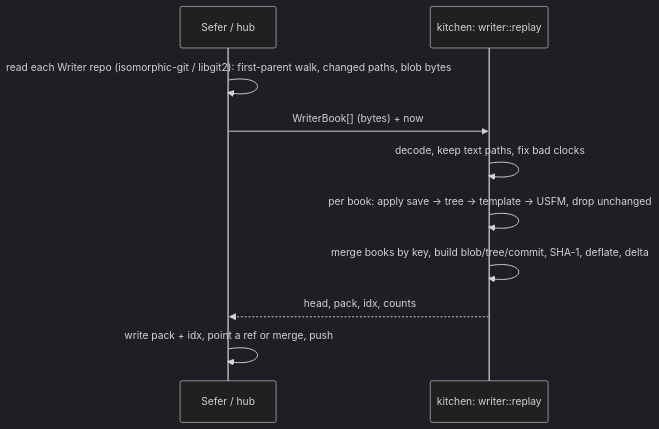
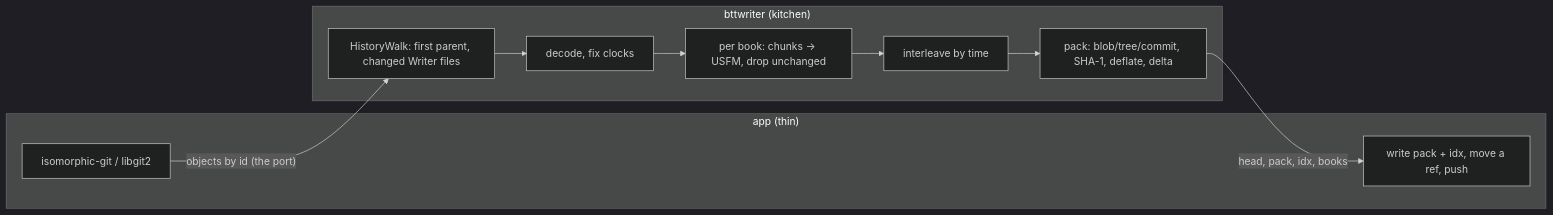
The second of 2 diagrams in planning/items/2026-11-05-writer-consolidation-saves-in-one-git-pack-out.mdx (WycliffeAssociates/scripture-kitchen), drawn with Mermaid (dark theme) before and after one commit. The commit also changed other lines of this file, not shown here.

Commit message:
plan: bttwriter — review answers: own crate and wasm module, sans-IO port with git2/isomorphic-git adapters, fixtures as bundles

````diff
--- a/planning/items/2026-11-05-writer-consolidation-saves-in-one-git-pack-out.mdx
+++ b/planning/items/2026-11-05-writer-consolidation-saves-in-one-git-pack-out.mdx
@@ -202,12 +124,15 @@
 ```mermaid
-sequenceDiagram
-  participant App as Sefer / hub
-  participant K as kitchen: writer::replay
-  App->>App: read each Writer repo (isomorphic-git / libgit2): first-parent walk, changed paths, blob bytes
-  App->>K: WriterBook[] (bytes) + now
-  K->>K: decode, keep text paths, fix bad clocks
-  K->>K: per book: apply save → tree → template → USFM, drop unchanged
-  K->>K: merge books by key, build blob/tree/commit, SHA-1, deflate, delta
-  K-->>App: head, pack, idx, counts
-  App->>App: write pack + idx, point a ref or merge, push
+flowchart LR
+  subgraph App["app (thin)"]
+    a1["isomorphic-git / libgit2"]
+    a2["write pack + idx, move a ref, push"]
+  end
+  subgraph K["bttwriter (kitchen)"]
+    w["HistoryWalk: first parent, changed Writer files"]
+    d["decode, fix clocks"]
+    r["per book: chunks → USFM, drop unchanged"]
+    i["interleave by time"]
+    p["pack: blob/tree/commit, SHA-1, deflate, delta"]
+  end
+  a1 -- "objects by id (the port)" --> w --> d --> r --> i --> p -- "head, pack, idx, books" --> a2
 ```
````
